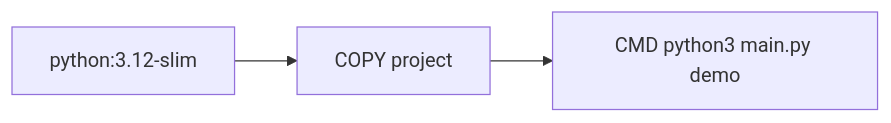
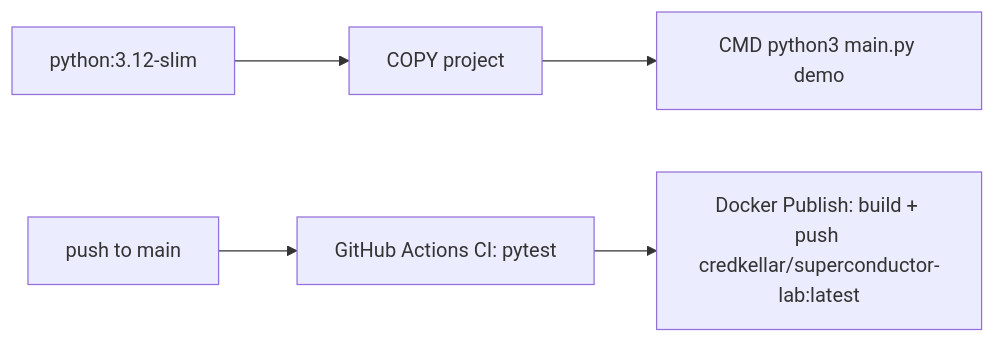
The fourth of 4 diagrams in README.md (kimanicollier44-cmyk/Superconductor-Lab), drawn with Mermaid before and after one commit. The commit also changed other lines of this file, not shown here.

````diff
--- a/README.md
+++ b/README.md
@@ -110,5 +122,7 @@
 ```mermaid
 flowchart LR
     A[python:3.12-slim] --> B[COPY project]
     B --> C[CMD python3 main.py demo]
+    D[push to main] --> E[GitHub Actions CI: pytest]
+    E --> F[Docker Publish: build + push credkellar/superconductor-lab:latest]
 ```
````
